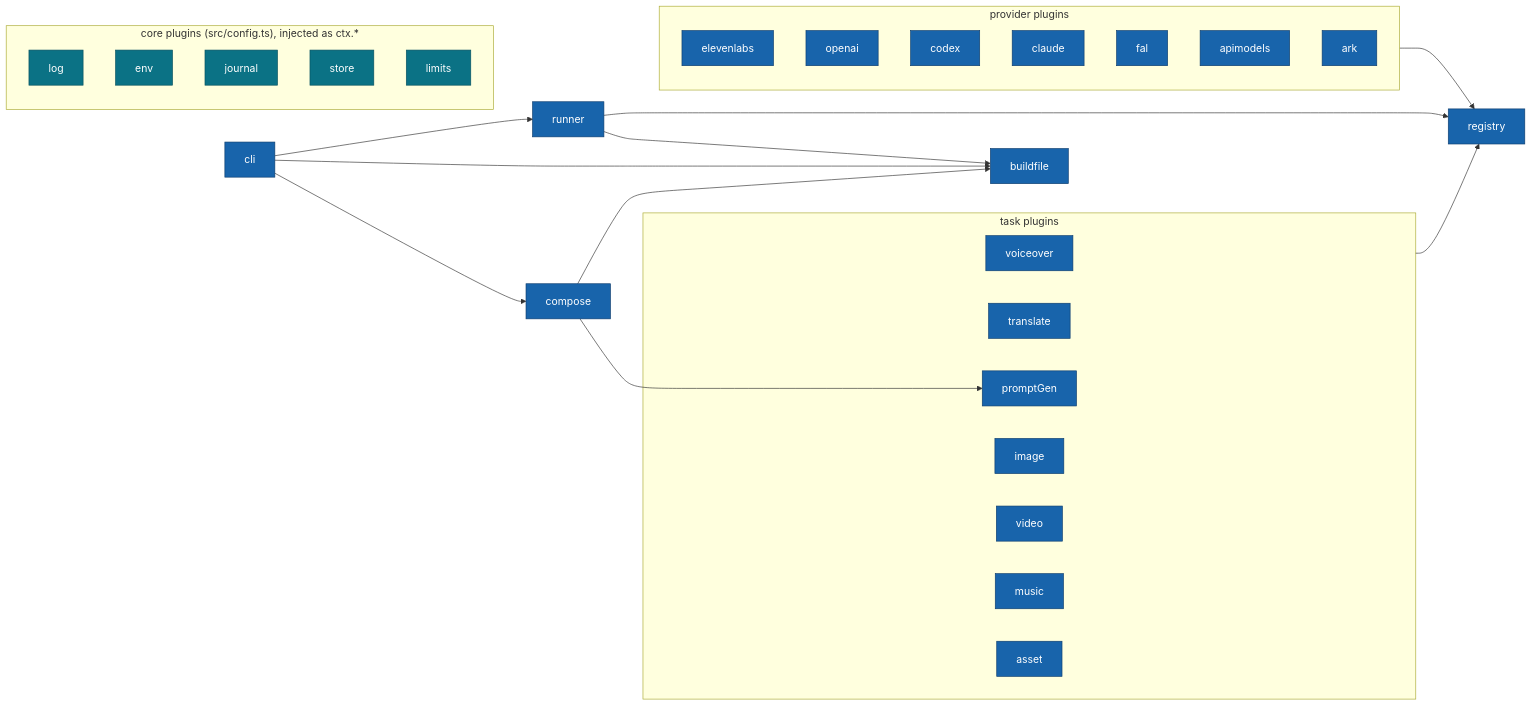
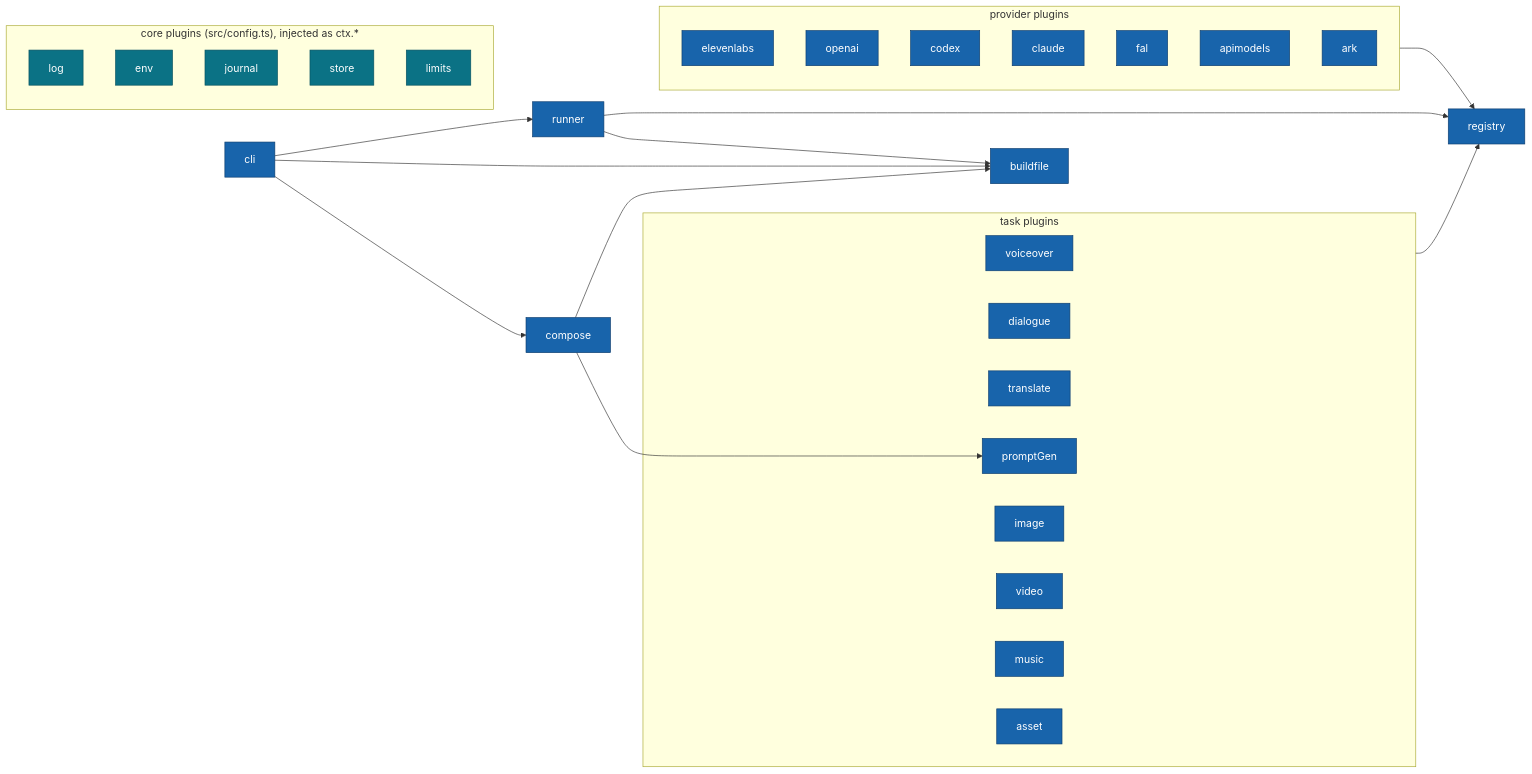
The second of 2 diagrams in README.md (moku-labs/ai), drawn with Mermaid before and after one commit. The commit also changed other lines of this file and 3 other files, not shown here.

````diff
--- a/README.md
+++ b/README.md
@@ -607,43 +681,44 @@
 ```mermaid
 flowchart LR
   subgraph CORE["core plugins (src/config.ts), injected as ctx.*"]
     LOG["log"]
     ENV["env"]
     J["journal"]
     S["store"]
     L["limits"]
   end
   REG["registry"]
   BF["buildfile"]
   RN["runner"] --> REG
   RN --> BF
   subgraph TASKS["task plugins"]
     VO["voiceover"]
+    DL["dialogue"]
     TR["translate"]
     PG["promptGen"]
     IM["image"]
     VI["video"]
     MU["music"]
     AS["asset"]
   end
   subgraph PROV["provider plugins"]
     EL["elevenlabs"]
     OA["openai"]
     CX["codex"]
     CL["claude"]
     FAL["fal"]
     AM["apimodels"]
     ARK["ark"]
   end
   TASKS --> REG
   PROV --> REG
   CO["compose"] --> BF
   CO --> PG
   CLI["cli"] --> RN
   CLI --> BF
   CLI --> CO
   classDef core fill:#0b7285,stroke:#08525f,color:#fff;
   classDef reg fill:#1864ab,stroke:#0d3d6e,color:#fff;
   class LOG,ENV,J,S,L core
-  class REG,BF,RN,VO,TR,PG,IM,VI,MU,AS,EL,OA,CX,CL,FAL,AM,ARK,CO,CLI reg
+  class REG,BF,RN,VO,DL,TR,PG,IM,VI,MU,AS,EL,OA,CX,CL,FAL,AM,ARK,CO,CLI reg
 ```
````
